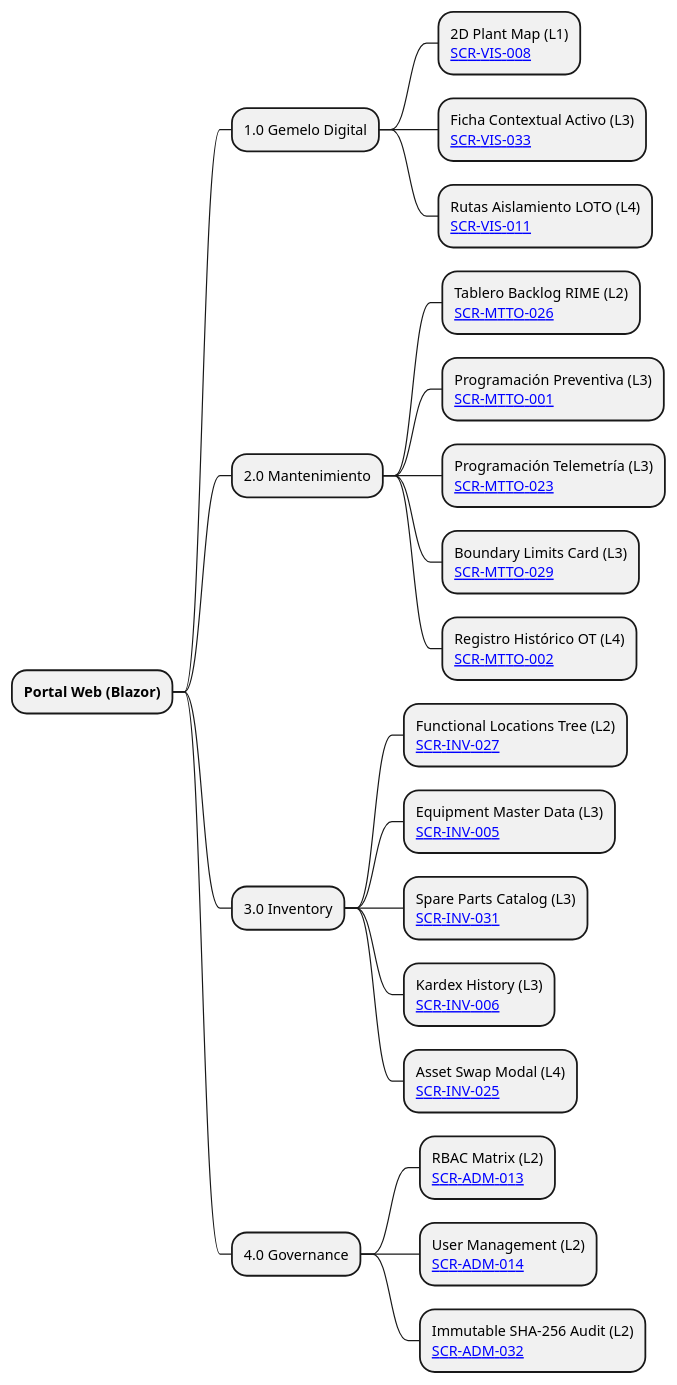
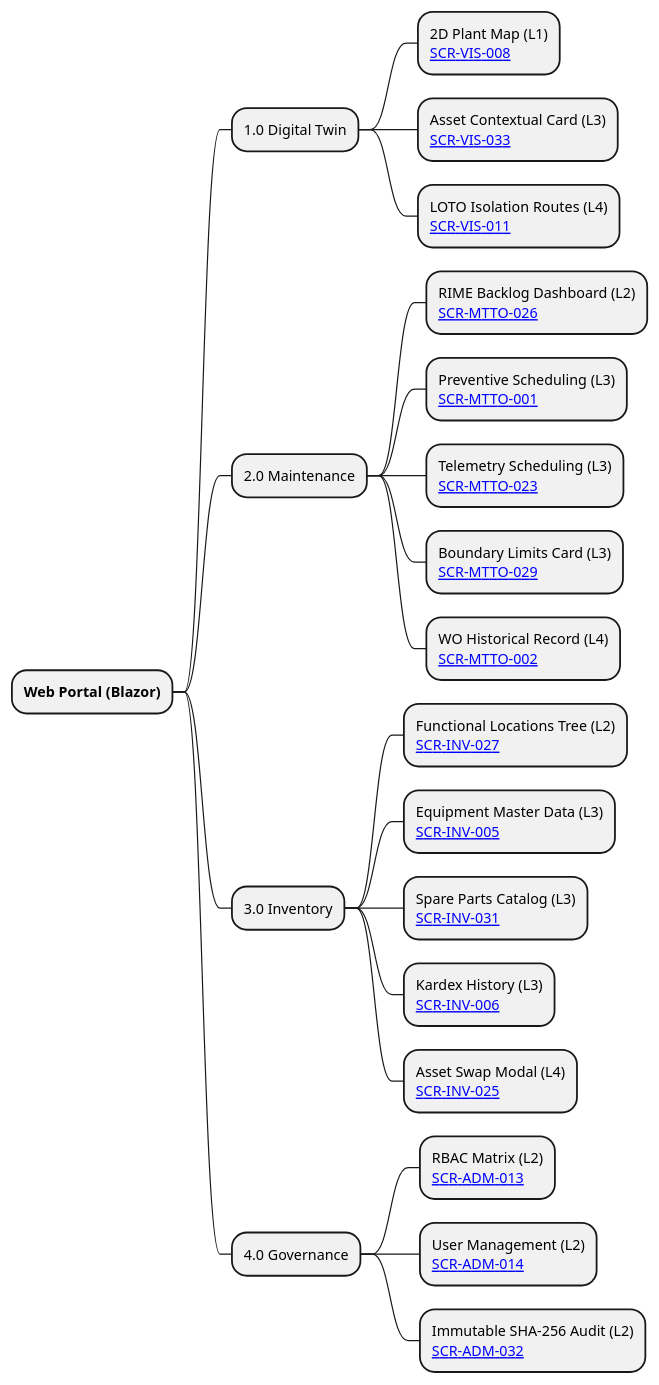
Before and after one commit to Novav20/adso-dteam-docs: the fourth of 6 diagrams in ui-ux/DT-UI-NAV-DOC-001.md, drawn with PlantUML. The commit also changed other lines of this file, not shown here.

Commit message:
docs(ui-ux): fix spanish terms in plantuml diagrams and frontmatter of nav doc

````diff
--- a/ui-ux/DT-UI-NAV-DOC-001.md
+++ b/ui-ux/DT-UI-NAV-DOC-001.md
@@ -142,30 +142,30 @@
 ```plantuml
 @startmindmap
 skinparam defaultFontName "Segoe UI"
 skinparam defaultFontSize 12
 skinparam nodesep 20
 skinparam ranksep 30
 
-* **Portal Web (Blazor)**
-** 1.0 Gemelo Digital
+* **Web Portal (Blazor)**
+** 1.0 Digital Twin
 *** 2D Plant Map (L1)\n[[SCR-VIS-008]]
-*** Ficha Contextual Activo (L3)\n[[SCR-VIS-033]]
-*** Rutas Aislamiento LOTO (L4)\n[[SCR-VIS-011]]
-** 2.0 Mantenimiento
-*** Tablero Backlog RIME (L2)\n[[SCR-MTTO-026]]
-*** Programación Preventiva (L3)\n[[SCR-MTTO-001]]
-*** Programación Telemetría (L3)\n[[SCR-MTTO-023]]
+*** Asset Contextual Card (L3)\n[[SCR-VIS-033]]
+*** LOTO Isolation Routes (L4)\n[[SCR-VIS-011]]
+** 2.0 Maintenance
+*** RIME Backlog Dashboard (L2)\n[[SCR-MTTO-026]]
+*** Preventive Scheduling (L3)\n[[SCR-MTTO-001]]
+*** Telemetry Scheduling (L3)\n[[SCR-MTTO-023]]
 *** Boundary Limits Card (L3)\n[[SCR-MTTO-029]]
-*** Registro Histórico OT (L4)\n[[SCR-MTTO-002]]
+*** WO Historical Record (L4)\n[[SCR-MTTO-002]]
 ** 3.0 Inventory
 *** Functional Locations Tree (L2)\n[[SCR-INV-027]]
 *** Equipment Master Data (L3)\n[[SCR-INV-005]]
 *** Spare Parts Catalog (L3)\n[[SCR-INV-031]]
 *** Kardex History (L3)\n[[SCR-INV-006]]
 *** Asset Swap Modal (L4)\n[[SCR-INV-025]]
 ** 4.0 Governance
 *** RBAC Matrix (L2)\n[[SCR-ADM-013]]
 *** User Management (L2)\n[[SCR-ADM-014]]
 *** Immutable SHA-256 Audit (L2)\n[[SCR-ADM-032]]
 @endmindmap
 ```
````
